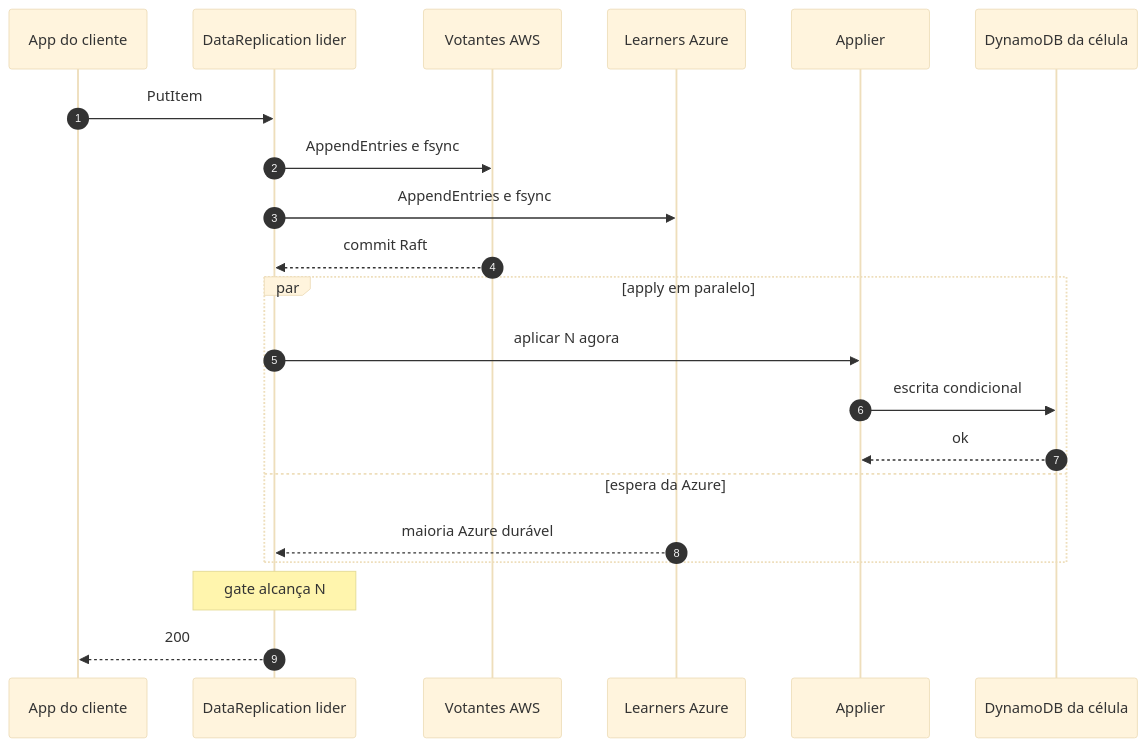
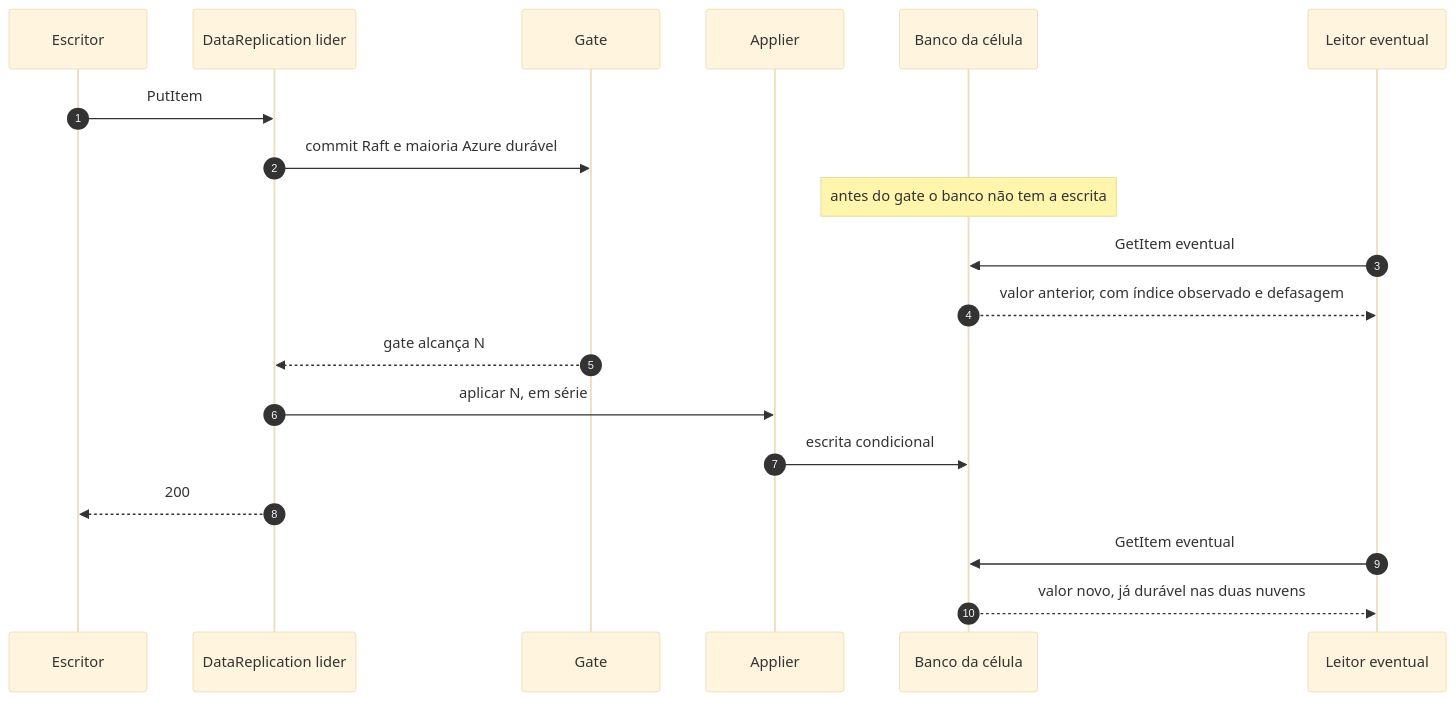
Before and after one commit to brbarmex/k: the diagram in 02_cenarios/atualizados/C04-escrita-eventual.md, drawn with Mermaid (base theme). The commit also changed other lines of this file and 139 other files, not shown here.

````diff
--- a/02_cenarios/atualizados/C04-escrita-eventual.md
+++ b/02_cenarios/atualizados/C04-escrita-eventual.md
@@ -11,23 +13,21 @@
 ```mermaid
 sequenceDiagram
     autonumber
-    participant App as App do cliente
+    participant W as Escritor
     participant DR as DataReplication lider
-    participant R as Votantes AWS
-    participant Z as Learners Azure
+    participant G as Gate
     participant AP as Applier
-    participant DB as DynamoDB da célula
-    App->>DR: PutItem
-    DR->>R: AppendEntries e fsync
-    DR->>Z: AppendEntries e fsync
-    R-->>DR: commit Raft
-    par apply em paralelo
-        DR->>AP: aplicar N agora
-        AP->>DB: escrita condicional
-        DB-->>AP: ok
-    and espera da Azure
-        Z-->>DR: maioria Azure durável
-    end
-    Note over DR: gate alcança N
-    DR-->>App: 200
+    participant DB as Banco da célula
+    participant RD as Leitor eventual
+    W->>DR: PutItem
+    DR->>G: commit Raft e maioria Azure durável
+    Note over DB: antes do gate o banco não tem a escrita
+    RD->>DB: GetItem eventual
+    DB-->>RD: valor anterior, com índice observado e defasagem
+    G-->>DR: gate alcança N
+    DR->>AP: aplicar N, em série
+    AP->>DB: escrita condicional
+    DR-->>W: 200
+    RD->>DB: GetItem eventual
+    DB-->>RD: valor novo, já durável nas duas nuvens
 ```
````
